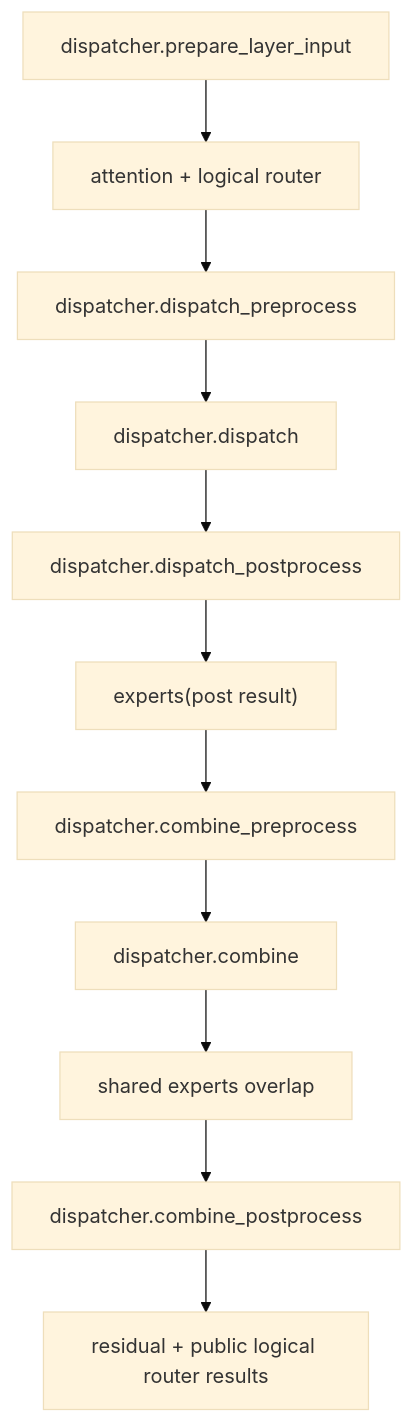
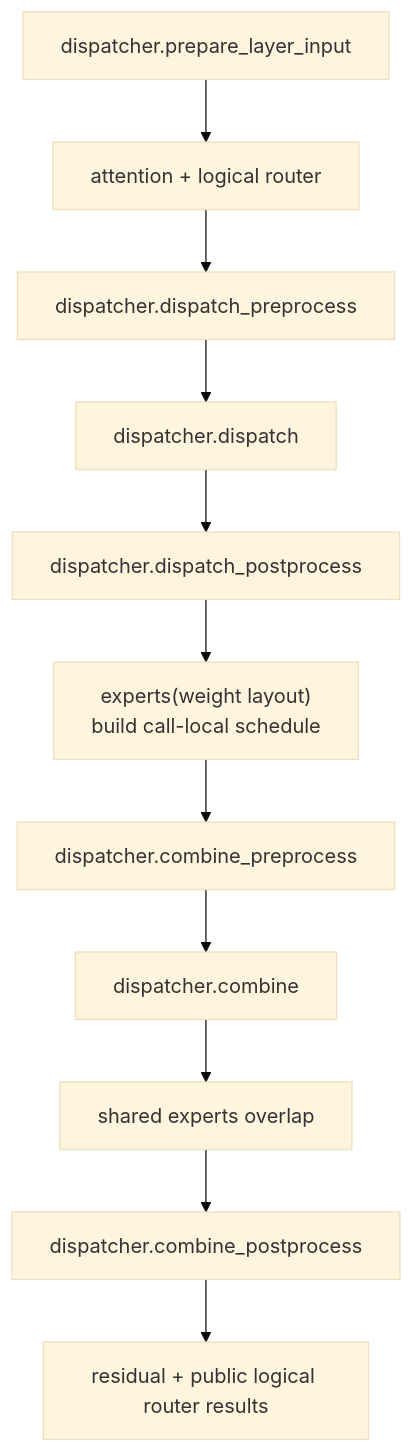
Before and after one commit to jayhenry/xtuner: the sixth of 7 diagrams in xtuner_ep_extend.md, drawn with Mermaid (base theme). The commit also changed other lines of this file and 1 other file, not shown here.

````diff
--- a/xtuner_ep_extend.md
+++ b/xtuner_ep_extend.md
@@ -451,13 +501,13 @@
 ```mermaid
 flowchart TD
     A["dispatcher.prepare_layer_input"] --> B["attention + logical router"]
     B --> C["dispatcher.dispatch_preprocess"]
     C --> D["dispatcher.dispatch"]
     D --> E["dispatcher.dispatch_postprocess"]
-    E --> F["experts(post result)"]
+    E --> F["experts(weight layout)<br/>build call-local schedule"]
     F --> G["dispatcher.combine_preprocess"]
     G --> H["dispatcher.combine"]
     H --> I["shared experts overlap"]
     I --> J["dispatcher.combine_postprocess"]
     J --> K["residual + public logical router results"]
 ```
````
